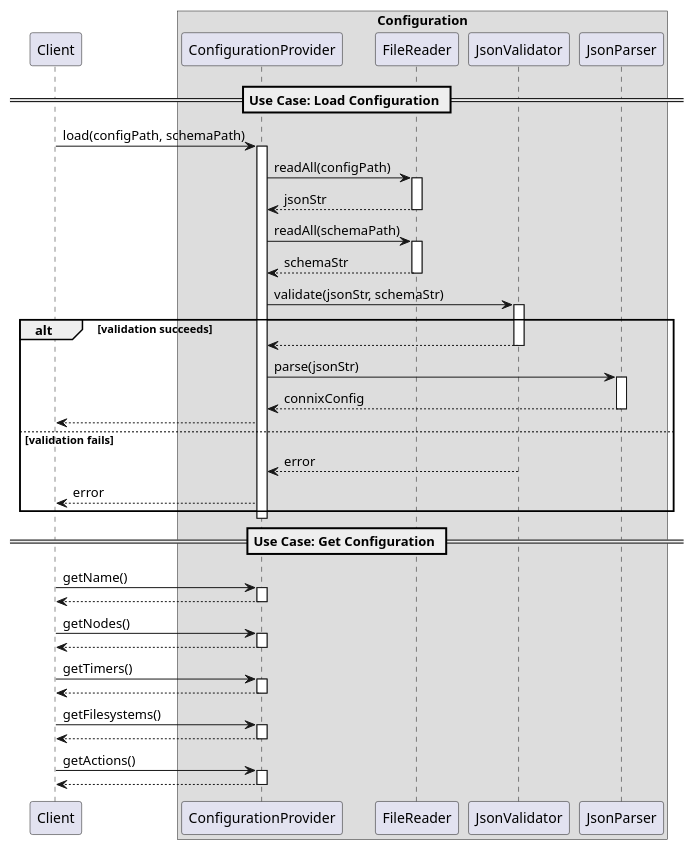
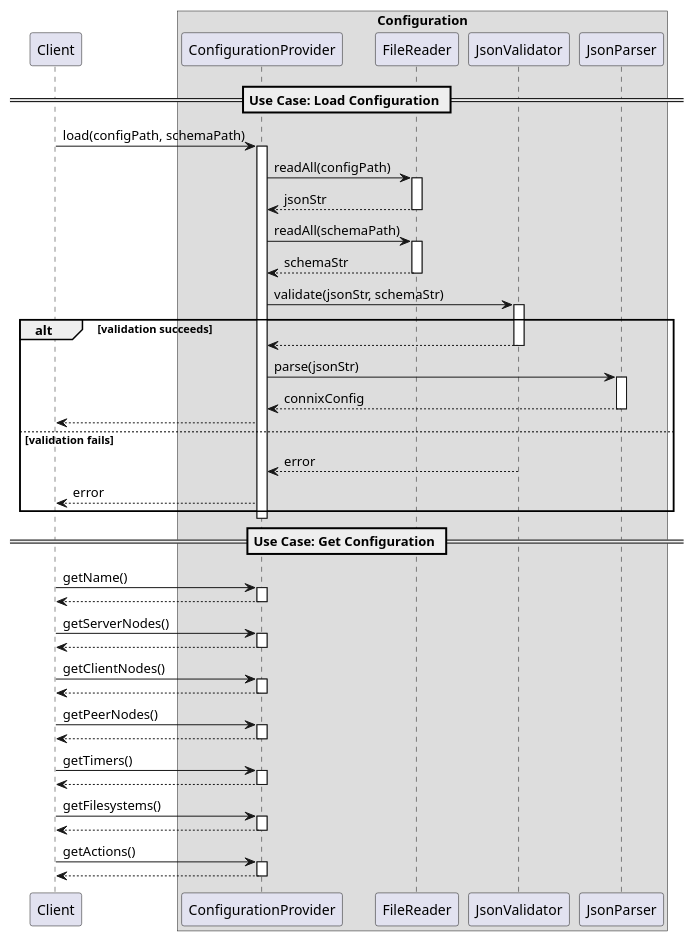
The diagram in connix/connix-core/infrastructure/configuration/dd/runtime_view.puml (nghdang/connix), drawn with PlantUML before and after one commit. The commit also changed 18 other files, not shown here.

```diff
--- a/connix/connix-core/infrastructure/configuration/dd/runtime_view.puml
+++ b/connix/connix-core/infrastructure/configuration/dd/runtime_view.puml
@@ -1,75 +1,85 @@
 @startuml Configuration Component - Runtime View
 
 participant Client
 
 box "Configuration"
     participant ConfigurationProvider
     participant FileReader
     participant JsonValidator
     participant JsonParser
 end box
 
 == Use Case: Load Configuration ==
 
 Client -> ConfigurationProvider : load(configPath, schemaPath)
 activate ConfigurationProvider
 
 ConfigurationProvider -> FileReader : readAll(configPath)
 activate FileReader
 FileReader --> ConfigurationProvider : jsonStr
 deactivate FileReader
 
 ConfigurationProvider -> FileReader : readAll(schemaPath)
 activate FileReader
 FileReader --> ConfigurationProvider : schemaStr
 deactivate FileReader
 
 ConfigurationProvider -> JsonValidator : validate(jsonStr, schemaStr)
 activate JsonValidator
 
 alt validation succeeds
     JsonValidator --> ConfigurationProvider
     deactivate JsonValidator
 
     ConfigurationProvider -> JsonParser : parse(jsonStr)
     activate JsonParser
     JsonParser --> ConfigurationProvider : connixConfig
     deactivate JsonParser
 
     ConfigurationProvider --> Client
 else validation fails
     JsonValidator --> ConfigurationProvider : error
     deactivate JsonValidator
     ConfigurationProvider --> Client : error
 end
 
 deactivate ConfigurationProvider
 
 == Use Case: Get Configuration ==
 
 Client -> ConfigurationProvider : getName()
 activate ConfigurationProvider
 ConfigurationProvider --> Client
 deactivate ConfigurationProvider
 
-Client -> ConfigurationProvider : getNodes()
+Client -> ConfigurationProvider : getServerNodes()
+activate ConfigurationProvider
+ConfigurationProvider --> Client
+deactivate ConfigurationProvider
+
+Client -> ConfigurationProvider : getClientNodes()
+activate ConfigurationProvider
+ConfigurationProvider --> Client
+deactivate ConfigurationProvider
+
+Client -> ConfigurationProvider : getPeerNodes()
 activate ConfigurationProvider
 ConfigurationProvider --> Client
 deactivate ConfigurationProvider
 
 Client -> ConfigurationProvider : getTimers()
 activate ConfigurationProvider
 ConfigurationProvider --> Client
 deactivate ConfigurationProvider
 
 Client -> ConfigurationProvider : getFilesystems()
 activate ConfigurationProvider
 ConfigurationProvider --> Client
 deactivate ConfigurationProvider
 
 Client -> ConfigurationProvider : getActions()
 activate ConfigurationProvider
 ConfigurationProvider --> Client
 deactivate ConfigurationProvider
 
 @enduml
```
